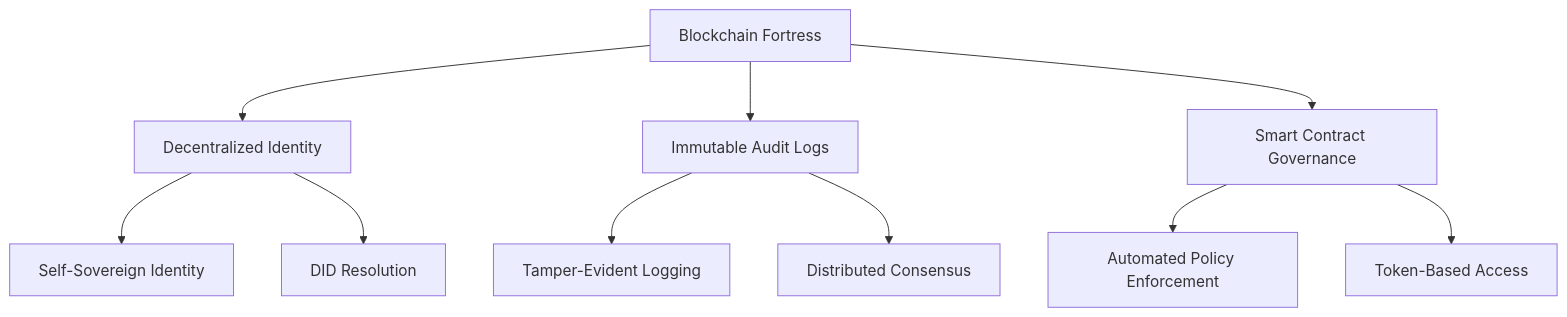
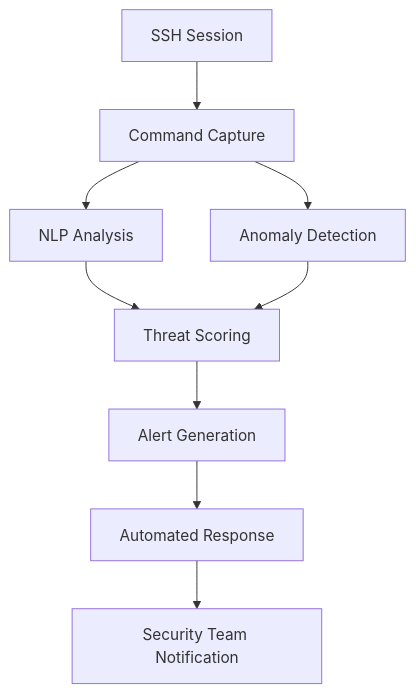
One commit to cipherbite/mastering-linux changed the fifth of 6 diagrams in mastering-ssh-part-one/6 - Advance SSH Usage.md. Above: the diagram before and after it, drawn with Mermaid. The commit also changed other lines of this file, not shown here.

Commit message:
Update 6 - Advance SSH Usage.md

````diff
--- a/mastering-ssh-part-one/6 - Advance SSH Usage.md
+++ b/mastering-ssh-part-one/6 - Advance SSH Usage.md
@@ -279,12 +402,11 @@
 ```mermaid
 graph TD
-    A[Blockchain Fortress] --> B[Decentralized Identity]
-    A --> C[Immutable Audit Logs]
-    A --> D[Smart Contract Governance]
-    B --> E[Self-Sovereign Identity]
-    B --> F[DID Resolution]
-    C --> G[Tamper-Evident Logging]
-    C --> H[Distributed Consensus]
-    D --> I[Automated Policy Enforcement]
-    D --> J[Token-Based Access]
+    A[SSH Session] --> B[Command Capture]
+    B --> C[NLP Analysis]
+    B --> D[Anomaly Detection]
+    C --> E[Threat Scoring]
+    D --> E
+    E --> F[Alert Generation]
+    F --> G[Automated Response]
+    G --> H[Security Team Notification]
 ```
````
